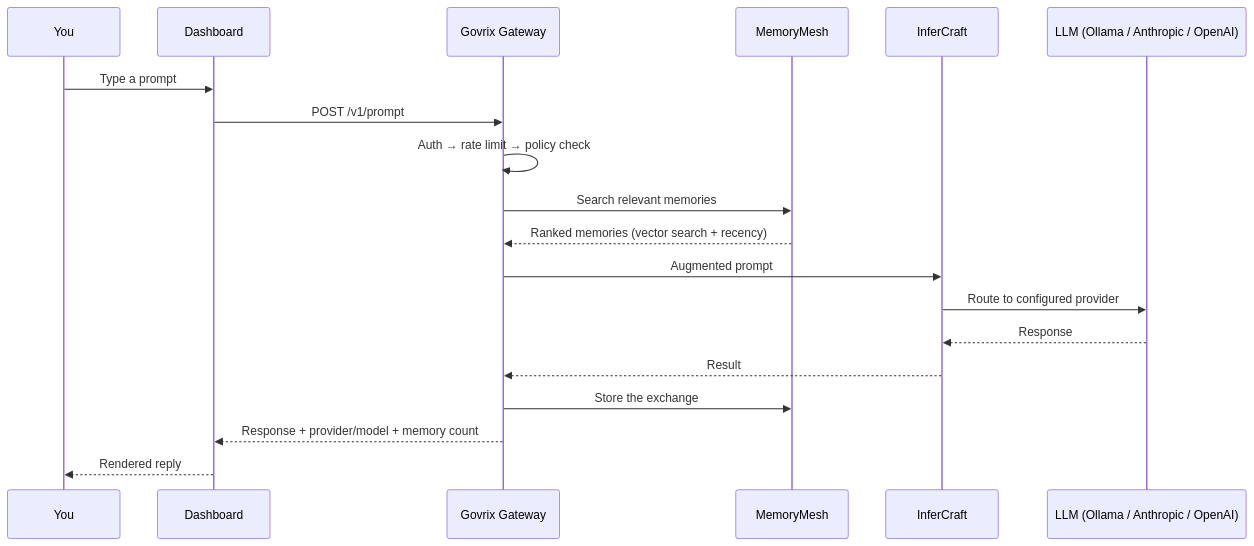
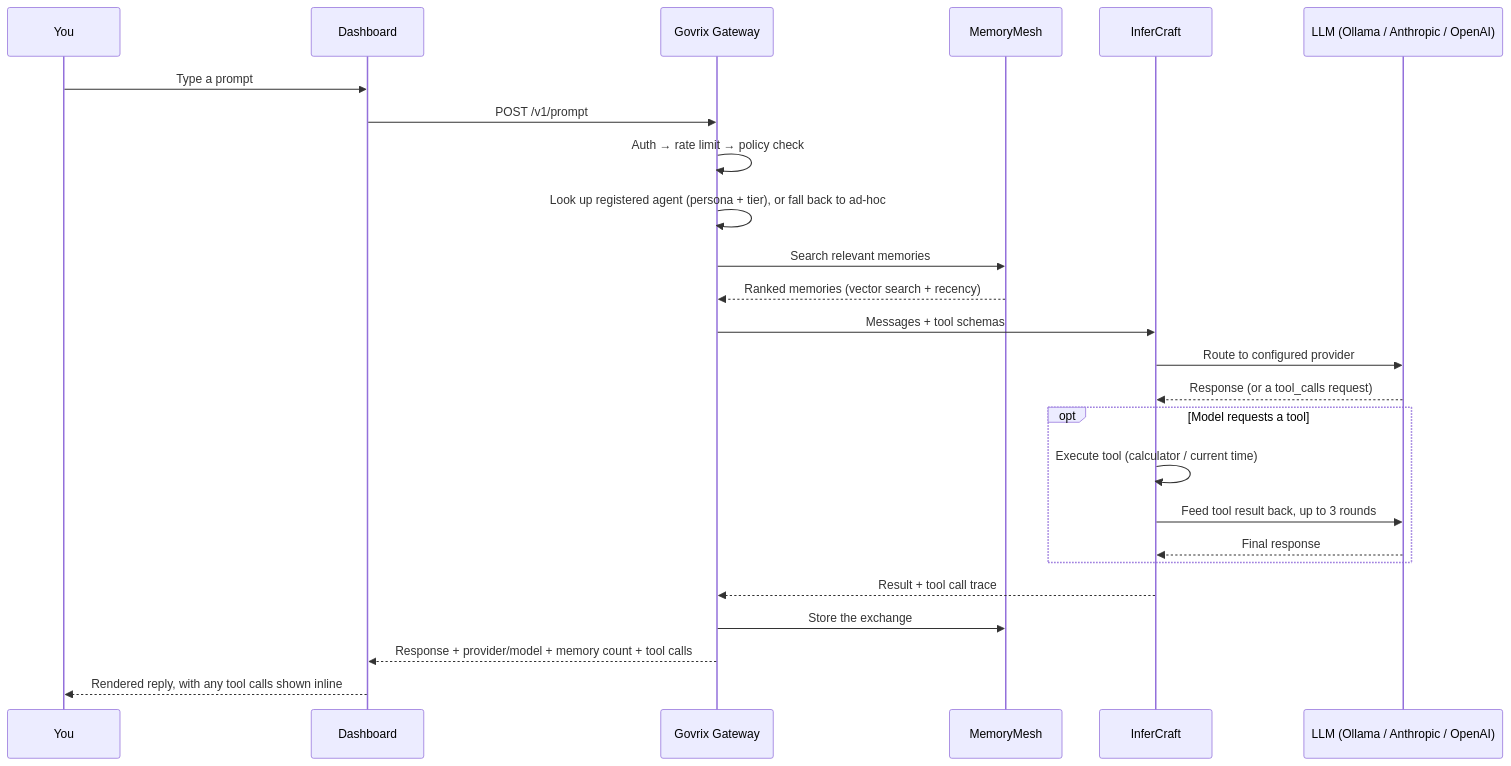
Before and after one commit to KushalChunduru/Agent_OS: the first of 2 diagrams in README.md, drawn with Mermaid. The commit also changed other lines of this file and 7 other files, not shown here.

````diff
--- a/README.md
+++ b/README.md
@@ -139,22 +144,28 @@
 ```mermaid
 sequenceDiagram
     participant U as You
     participant D as Dashboard
     participant G as Govrix Gateway
     participant M as MemoryMesh
     participant I as InferCraft
     participant L as LLM (Ollama / Anthropic / OpenAI)
 
     U->>D: Type a prompt
     D->>G: POST /v1/prompt
     G->>G: Auth → rate limit → policy check
+    G->>G: Look up registered agent (persona + tier), or fall back to ad-hoc
     G->>M: Search relevant memories
     M-->>G: Ranked memories (vector search + recency)
-    G->>I: Augmented prompt
+    G->>I: Messages + tool schemas
     I->>L: Route to configured provider
-    L-->>I: Response
-    I-->>G: Result
+    L-->>I: Response (or a tool_calls request)
+    opt Model requests a tool
+        I->>I: Execute tool (calculator / current time)
+        I->>L: Feed tool result back, up to 3 rounds
+        L-->>I: Final response
+    end
+    I-->>G: Result + tool call trace
     G->>M: Store the exchange
-    G-->>D: Response + provider/model + memory count
-    D-->>U: Rendered reply
+    G-->>D: Response + provider/model + memory count + tool calls
+    D-->>U: Rendered reply, with any tool calls shown inline
 ```
````
